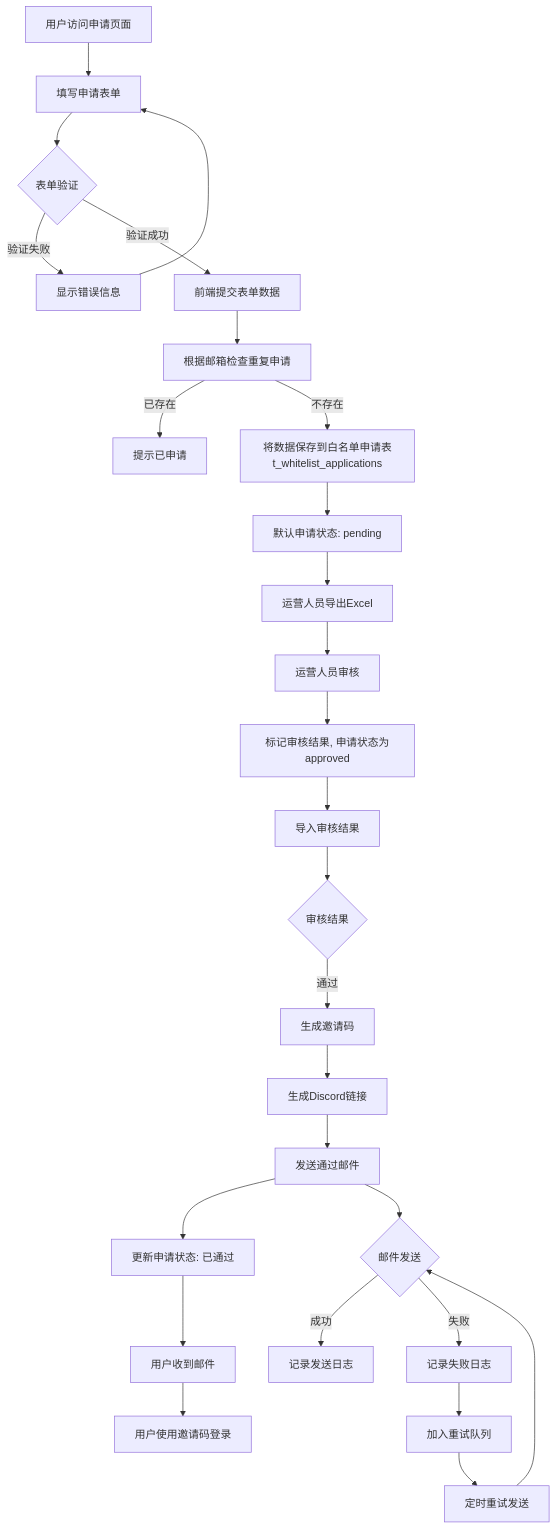
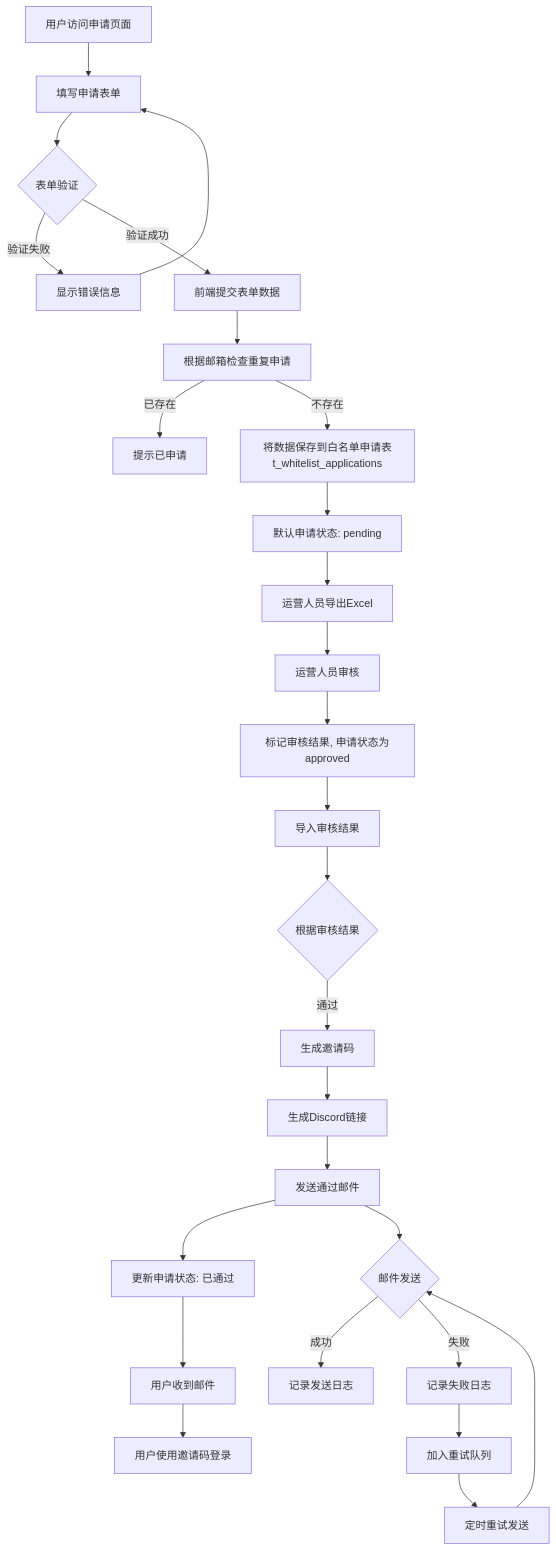
One commit to yingjianzh/iodraw-files changed the diagram in all/未命名-69.md. Above: the diagram before and after it, drawn with Mermaid.

Commit message:
2025-07-03 10:30:17 update

````diff
--- a/all/未命名-69.md
+++ b/all/未命名-69.md
@@ -1,35 +1,33 @@
 ```mermaid
 flowchart TD
     A[用户访问申请页面] --> B[填写申请表单]
     B --> C{表单验证}
     C -->|验证失败| D[显示错误信息]
     D --> B
     C -->|验证成功| E[前端提交表单数据]
     E -->E1[根据邮箱检查重复申请]
     E1 -->|已存在| F[提示已申请]
     E1 -->|不存在| G[将数据保存到白名单申请表t_whitelist_applications]
     G --> H[默认申请状态: pending]
     
     H --> I[运营人员导出Excel]
     I --> J[运营人员审核]
     J --> K[标记审核结果, 申请状态为approved]
     K --> L[导入审核结果]
-    L --> M{审核结果}
+    L --> M{根据审核结果}
     
     M -->|通过| N[生成邀请码]
     N --> O[生成Discord链接]
     O --> P[发送通过邮件]
     P --> Q[更新申请状态: 已通过]
-    
-   
     
     P --> T{邮件发送}
     T -->|成功| U[记录发送日志]
     T -->|失败| V[记录失败日志]
     V --> W[加入重试队列]
     W --> X[定时重试发送]
     X --> T
     
     Q --> Y[用户收到邮件]
     Y --> Z[用户使用邀请码登录]
 ```
````
